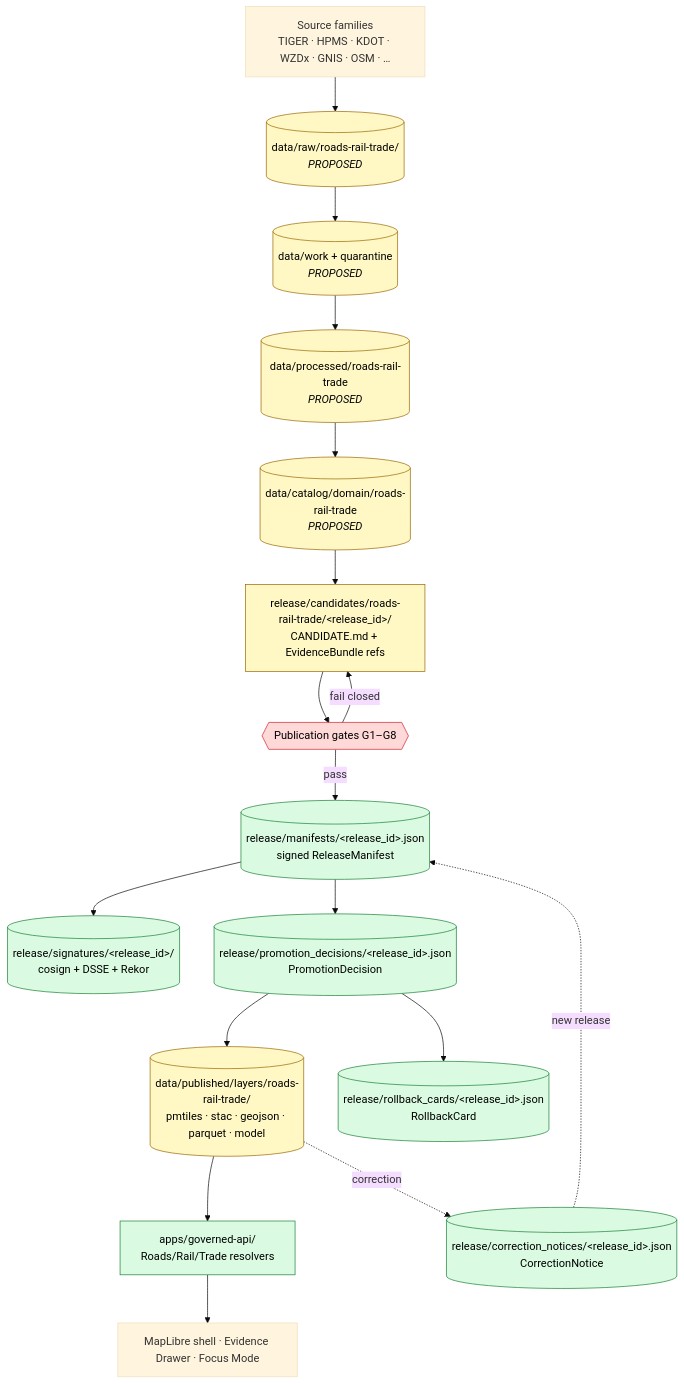
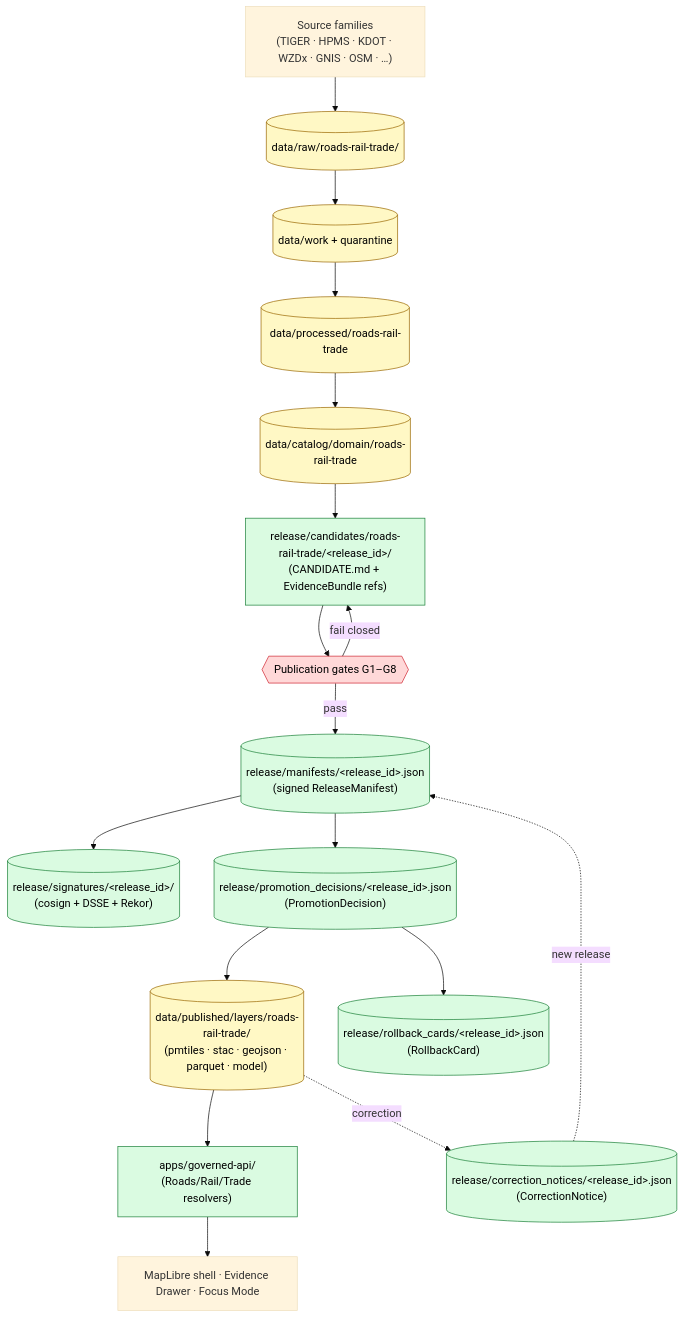
One commit to bartytime4life/Kansas-Frontier-Matrix changed the second of 2 diagrams in docs/domains/roads-rail-trade/RELEASE_INDEX.md. Above: the diagram before and after it, drawn with Mermaid (base theme). The commit also changed other lines of this file, not shown here.

````diff
--- a/docs/domains/roads-rail-trade/RELEASE_INDEX.md
+++ b/docs/domains/roads-rail-trade/RELEASE_INDEX.md
@@ -250,43 +253,43 @@
 ```mermaid
 flowchart TD
-  SRC[Source families<br/>TIGER · HPMS · KDOT · WZDx · GNIS · OSM · …]
-  RAW[(data/raw/roads-rail-trade/<br/><i>PROPOSED</i>)]
-  WORK[(data/work + quarantine<br/><i>PROPOSED</i>)]
-  PROC[(data/processed/roads-rail-trade<br/><i>PROPOSED</i>)]
-  CAT[(data/catalog/domain/roads-rail-trade<br/><i>PROPOSED</i>)]
-  CAND[release/candidates/roads-rail-trade/&lt;release_id&gt;/<br/>CANDIDATE.md + EvidenceBundle refs]
-  GATE{{Publication gates G1–G8}}
-  MAN[(release/manifests/&lt;release_id&gt;.json<br/>signed ReleaseManifest)]
-  SIG[(release/signatures/&lt;release_id&gt;/<br/>cosign + DSSE + Rekor)]
-  PROMO[(release/promotion_decisions/&lt;release_id&gt;.json<br/>PromotionDecision)]
-  PUB[(data/published/layers/roads-rail-trade/<br/>pmtiles · stac · geojson · parquet · model)]
-  ROLL[(release/rollback_cards/&lt;release_id&gt;.json<br/>RollbackCard)]
-  CORR[(release/correction_notices/&lt;release_id&gt;.json<br/>CorrectionNotice)]
-  API[apps/governed-api/<br/>Roads/Rail/Trade resolvers]
-  UI[MapLibre shell · Evidence Drawer · Focus Mode]
+  SRC["Source families<br/>(TIGER · HPMS · KDOT · WZDx · GNIS · OSM · …)"]
+  RAW[("data/raw/roads-rail-trade/")]
+  WORK[("data/work + quarantine")]
+  PROC[("data/processed/roads-rail-trade")]
+  CAT[("data/catalog/domain/roads-rail-trade")]
+  CAND["release/candidates/roads-rail-trade/&lt;release_id&gt;/<br/>(CANDIDATE.md + EvidenceBundle refs)"]
+  GATE{{"Publication gates G1–G8"}}
+  MAN[("release/manifests/&lt;release_id&gt;.json<br/>(signed ReleaseManifest)")]
+  SIG[("release/signatures/&lt;release_id&gt;/<br/>(cosign + DSSE + Rekor)")]
+  PROMO[("release/promotion_decisions/&lt;release_id&gt;.json<br/>(PromotionDecision)")]
+  PUB[("data/published/layers/roads-rail-trade/<br/>(pmtiles · stac · geojson · parquet · model)")]
+  ROLL[("release/rollback_cards/&lt;release_id&gt;.json<br/>(RollbackCard)")]
+  CORR[("release/correction_notices/&lt;release_id&gt;.json<br/>(CorrectionNotice)")]
+  API["apps/governed-api/<br/>(Roads/Rail/Trade resolvers)"]
+  UI["MapLibre shell · Evidence Drawer · Focus Mode"]
 
   SRC --> RAW
   RAW --> WORK
   WORK --> PROC
   PROC --> CAT
   CAT --> CAND
   CAND --> GATE
-  GATE -- fail closed --> CAND
-  GATE -- pass --> MAN
+  GATE -- "fail closed" --> CAND
+  GATE -- "pass" --> MAN
   MAN --> SIG
   MAN --> PROMO
   PROMO --> PUB
   PROMO --> ROLL
   PUB --> API
   API --> UI
 
-  PUB -.correction.-> CORR
-  CORR -.new release.-> MAN
+  PUB -. "correction" .-> CORR
+  CORR -. "new release" .-> MAN
 
-  classDef proposed fill:#fff8c5,stroke:#9a6700,color:#000;
-  classDef canonical fill:#dafbe1,stroke:#1a7f37,color:#000;
+  classDef confirmed fill:#dafbe1,stroke:#1a7f37,color:#000;
+  classDef lifecycle fill:#fff8c5,stroke:#9a6700,color:#000;
   classDef gate fill:#ffd8d8,stroke:#cf222e,color:#000;
-  class RAW,WORK,PROC,CAT,CAND,PUB proposed;
-  class MAN,SIG,PROMO,ROLL,CORR,API canonical;
+  class RAW,WORK,PROC,CAT,PUB lifecycle;
+  class CAND,MAN,SIG,PROMO,ROLL,CORR,API confirmed;
   class GATE gate;
 ```
````
